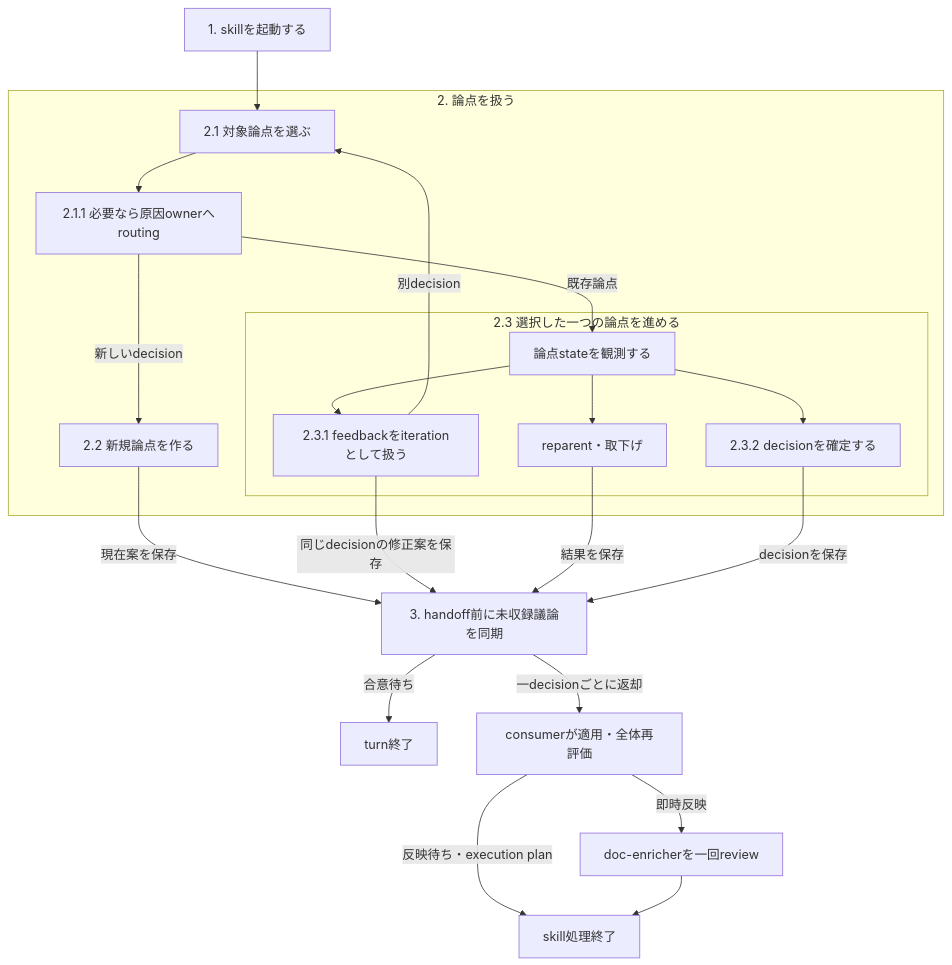
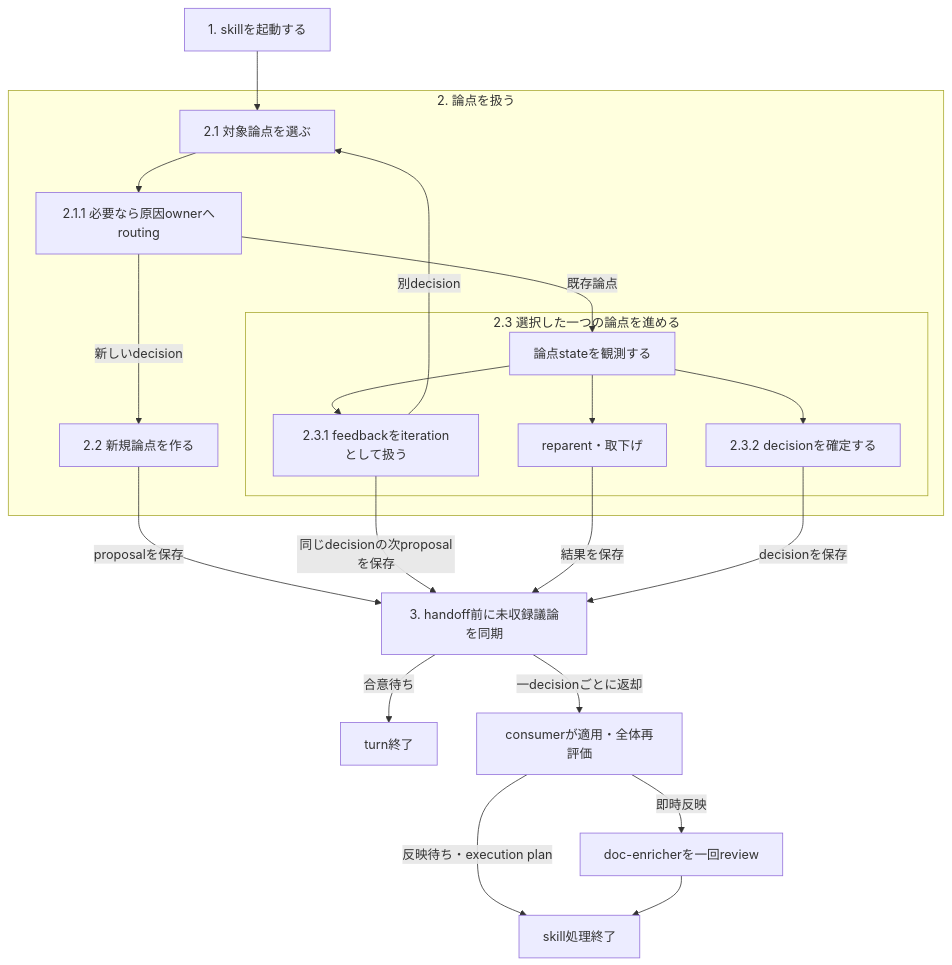
One commit to tumeda1992/ai_agent_dev_skill_plugin changed the diagram in plugins/tumeda-dev/skills/facilitate-discussion/SKILL.md. Above: the diagram before and after it, drawn with Mermaid. The commit also changed other lines of this file and 26 other files, not shown here.

````diff
--- a/plugins/tumeda-dev/skills/facilitate-discussion/SKILL.md
+++ b/plugins/tumeda-dev/skills/facilitate-discussion/SKILL.md
@@ -92,25 +92,25 @@
 ```mermaid
 flowchart TD
   S["1. skillを起動する"] --> T
   subgraph TL["2. 論点を扱う"]
     T["2.1 対象論点を選ぶ"]
     T --> C["2.1.1 必要なら原因ownerへrouting"]
     C -->|新しいdecision| N["2.2 新規論点を作る"]
     C -->|既存論点| A
     subgraph AL["2.3 選択した一つの論点を進める"]
       A["論点stateを観測する"] --> I["2.3.1 feedbackをiterationとして扱う"]
       A --> D["2.3.2 decisionを確定する"]
       A --> R["reparent・取下げ"]
     end
     I -->|別decision| T
   end
-  N -->|現在案を保存| G["3. handoff前に未収録議論を同期"]
-  I -->|同じdecisionの修正案を保存| G
+  N -->|proposalを保存| G["3. handoff前に未収録議論を同期"]
+  I -->|同じdecisionの次proposalを保存| G
   R -->|結果を保存| G
   D -->|decisionを保存| G
   G -->|合意待ち| W["turn終了"]
   G -->|一decisionごとに返却| H["consumerが適用・全体再評価"]
   H -->|即時反映| K["doc-enricherを一回review"]
   H -->|反映待ち・execution plan| E["skill処理終了"]
   K --> E
 ```
````
